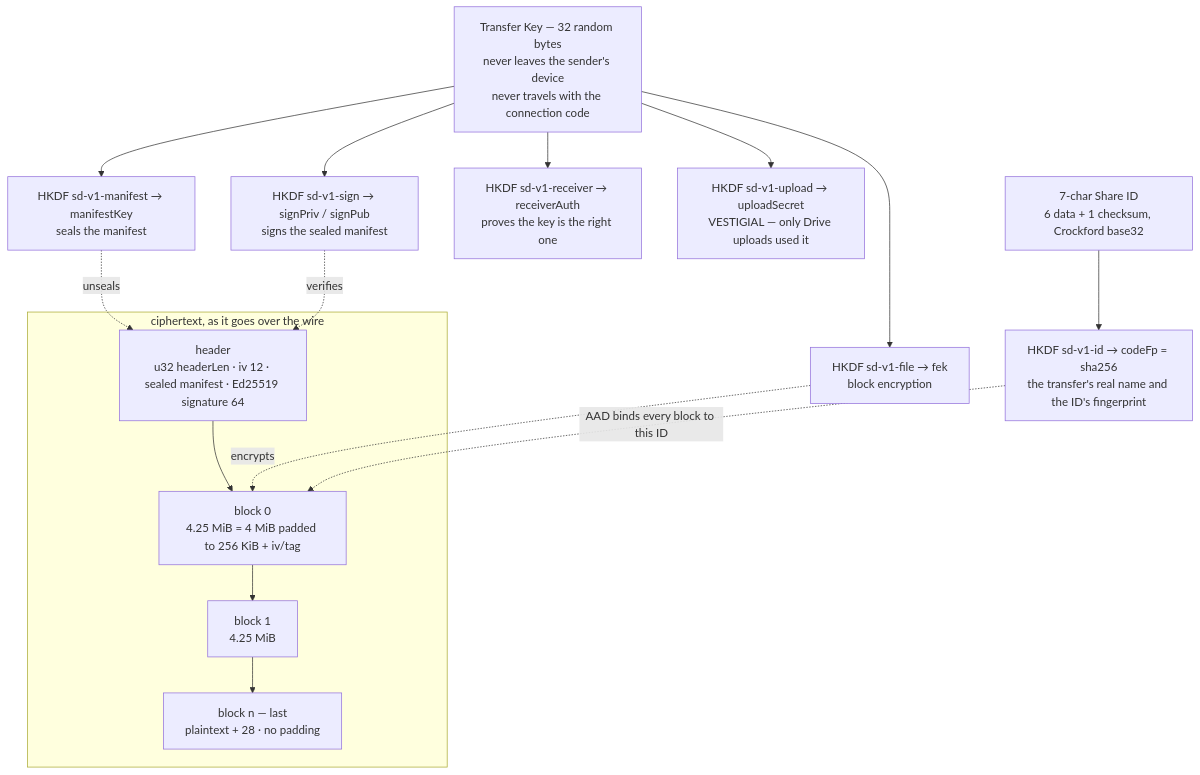
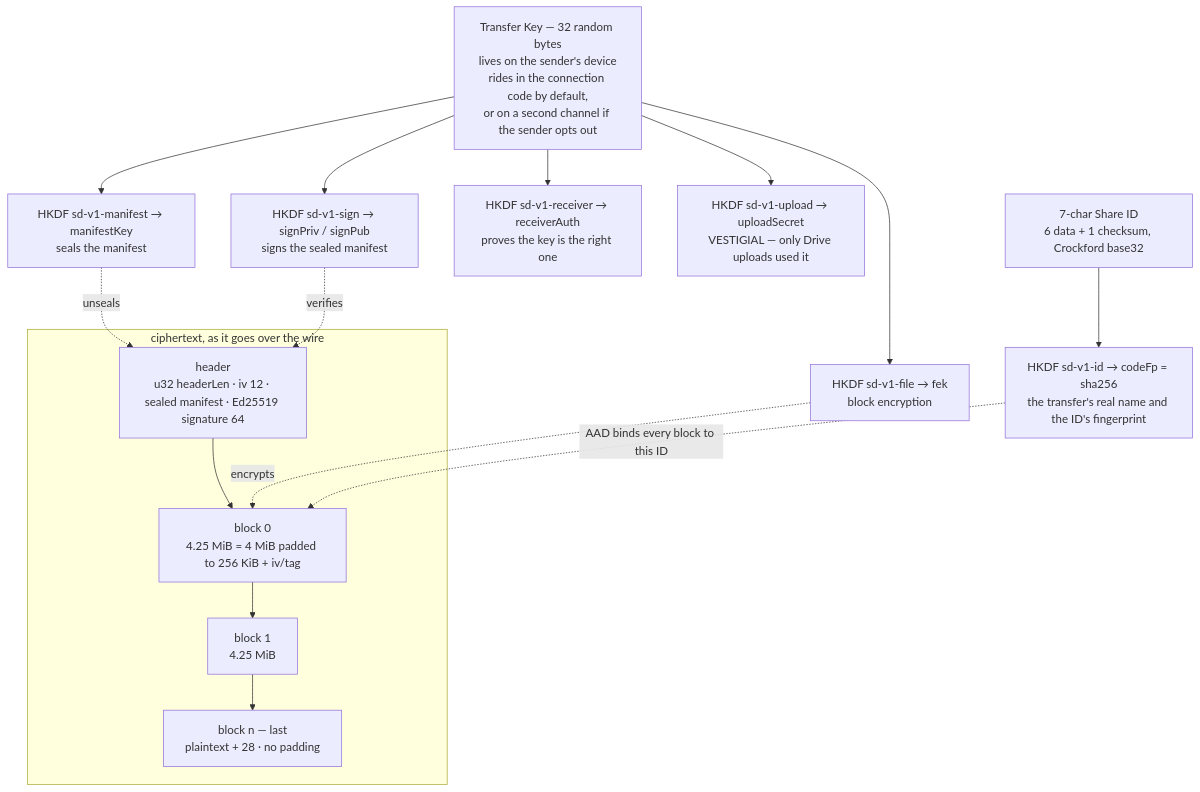
The sixth of 8 diagrams in docs/DIAGRAMS.md (hackersfun369/streamer), drawn with Mermaid before and after one commit. The commit also changed other lines of this file and 18 other files, not shown here.

First line of the commit message:
Redesign the UI around one code, with the key inside it

````diff
--- a/docs/DIAGRAMS.md
+++ b/docs/DIAGRAMS.md
@@ -198,22 +205,22 @@
 ```mermaid
 flowchart TD
     subgraph CT["ciphertext, as it goes over the wire"]
         HDR["header<br/>u32 headerLen · iv 12 · sealed manifest · Ed25519 signature 64"]
         B0["block 0<br/>4.25 MiB = 4 MiB padded to 256 KiB + iv/tag"]
         B1["block 1<br/>4.25 MiB"]
         BN["block n — last<br/>plaintext + 28 · no padding"]
         HDR --> B0 --> B1 --> BN
     end
 
-    TK["Transfer Key — 32 random bytes<br/>never leaves the sender's device<br/>never travels with the connection code"] --> K1["HKDF sd-v1-file → fek<br/>block encryption"]
+    TK["Transfer Key — 32 random bytes<br/>lives on the sender's device<br/>rides in the connection code by default,<br/>or on a second channel if the sender opts out"] --> K1["HKDF sd-v1-file → fek<br/>block encryption"]
     TK --> K2["HKDF sd-v1-manifest → manifestKey<br/>seals the manifest"]
     TK --> K3["HKDF sd-v1-sign → signPriv / signPub<br/>signs the sealed manifest"]
     TK --> K4["HKDF sd-v1-receiver → receiverAuth<br/>proves the key is the right one"]
     TK --> K5["HKDF sd-v1-upload → uploadSecret<br/>VESTIGIAL — only Drive uploads used it"]
     ID["7-char Share ID<br/>6 data + 1 checksum, Crockford base32"] --> K6["HKDF sd-v1-id → codeFp = sha256<br/>the transfer's real name and the ID's fingerprint"]
 
     K1 -.->|"encrypts"| B0
     K2 -.->|"unseals"| HDR
     K3 -.->|"verifies"| HDR
     K6 -.->|"AAD binds every block to this ID"| B0
 ```
````
